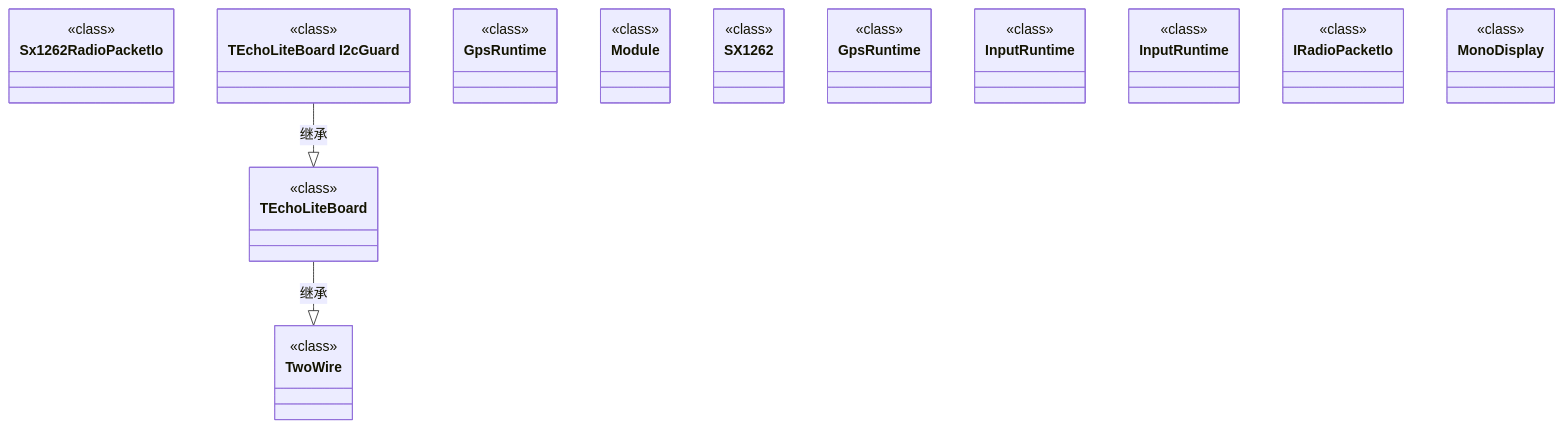
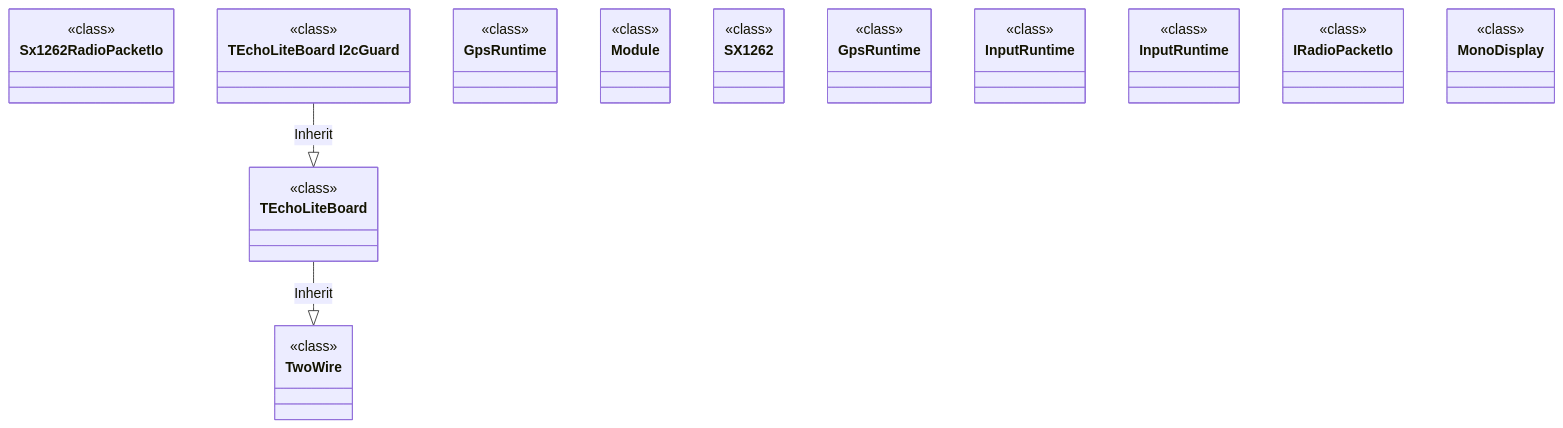
One commit to manmuqingshan/trail-mate changed the diagram in docs/engineering/class-structural-diagrams/boards-t_echo_lite-include-boards/class-structural-diagram.md. Above: the diagram before and after it, drawn with Mermaid. The commit also changed other lines of this file and 527 other files, not shown here.

````diff
--- a/docs/engineering/class-structural-diagrams/boards-t_echo_lite-include-boards/class-structural-diagram.md
+++ b/docs/engineering/class-structural-diagrams/boards-t_echo_lite-include-boards/class-structural-diagram.md
@@ -42,41 +42,41 @@
 ```mermaid
 classDiagram
   class TEchoLiteBoard["TEchoLiteBoard"] {
     <<class>>
   }
   class Sx1262RadioPacketIo["Sx1262RadioPacketIo"] {
     <<class>>
   }
   class TEchoLiteBoard_I2cGuard["TEchoLiteBoard  I2cGuard"] {
     <<class>>
   }
   class GpsRuntime["GpsRuntime"] {
     <<class>>
   }
   class Module["Module"] {
     <<class>>
   }
   class SX1262["SX1262"] {
     <<class>>
   }
   class TwoWire["TwoWire"] {
     <<class>>
   }
   class GpsRuntime_2["GpsRuntime"] {
     <<class>>
   }
   class InputRuntime["InputRuntime"] {
     <<class>>
   }
   class InputRuntime_2["InputRuntime"] {
     <<class>>
   }
   class IRadioPacketIo["IRadioPacketIo"] {
     <<class>>
   }
   class MonoDisplay["MonoDisplay"] {
     <<class>>
   }
-  TEchoLiteBoard --|> TwoWire : 继承
-  TEchoLiteBoard_I2cGuard --|> TEchoLiteBoard : 继承
+ TEchoLiteBoard --|> TwoWire : Inherit
+ TEchoLiteBoard_I2cGuard --|> TEchoLiteBoard : Inherit
 ```
````
